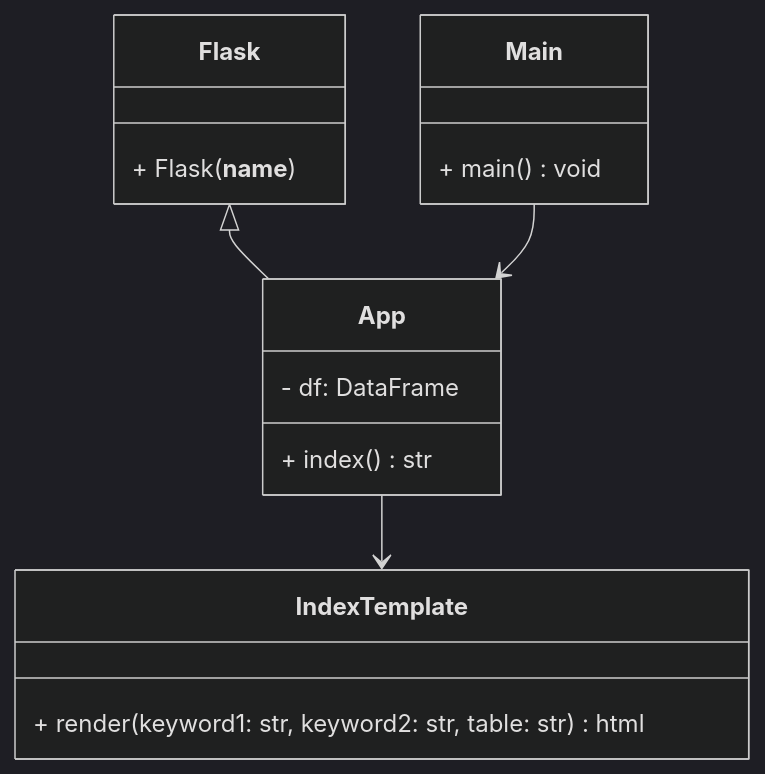
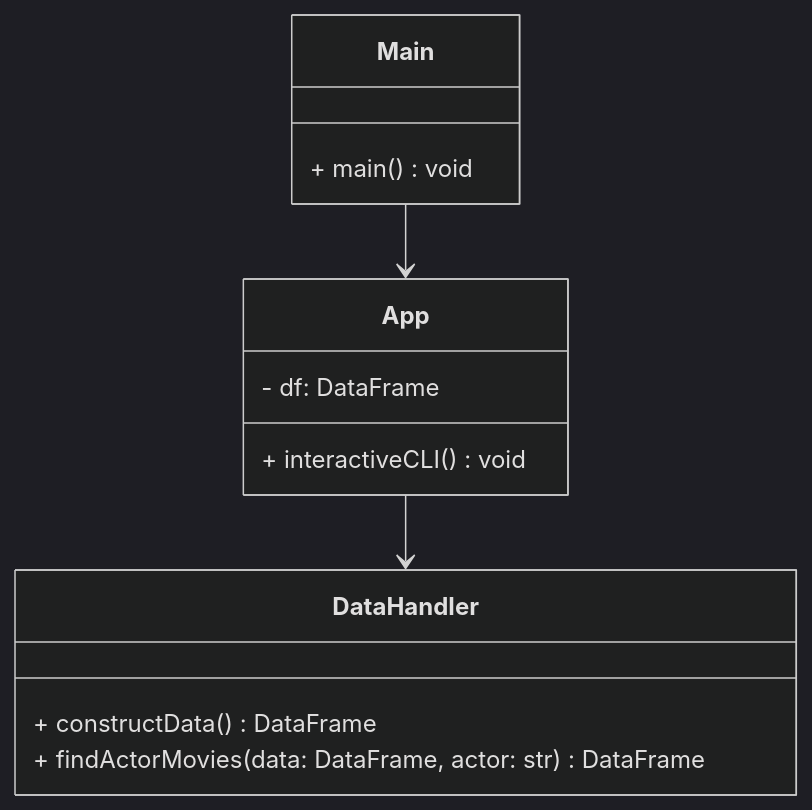
The diagram in README.md (barrettsapunjis/ENSF692-Project), drawn with Mermaid (dark theme) before and after one commit.

Commit message:
updating UML

````diff
--- a/README.md
+++ b/README.md
@@ -22,24 +22,19 @@
 ```mermaid graph TD
 classDiagram
-	class Flask {
-	    + Flask(__name__)
-	}
-	
-	class App {
-	    - df: DataFrame
-	    + index() str
-	}
-	
-	class Main {
-	    + main() void
-	}
-	
-	class IndexTemplate {
-	    + render(keyword1: str, keyword2: str, table: str) html
-	}
-	
-	Flask <|-- App
-	Main --> App
-	App --> IndexTemplate
-
+    class App {
+        - df: DataFrame
+        + interactiveCLI() void
+    }
+    
+    class DataHandler {
+        + constructData() DataFrame
+        + findActorMovies(data: DataFrame, actor: str) DataFrame
+    }
+    
+    class Main {
+        + main() void
+    }
+    
+    Main --> App
+    App --> DataHandler
 ```
````
